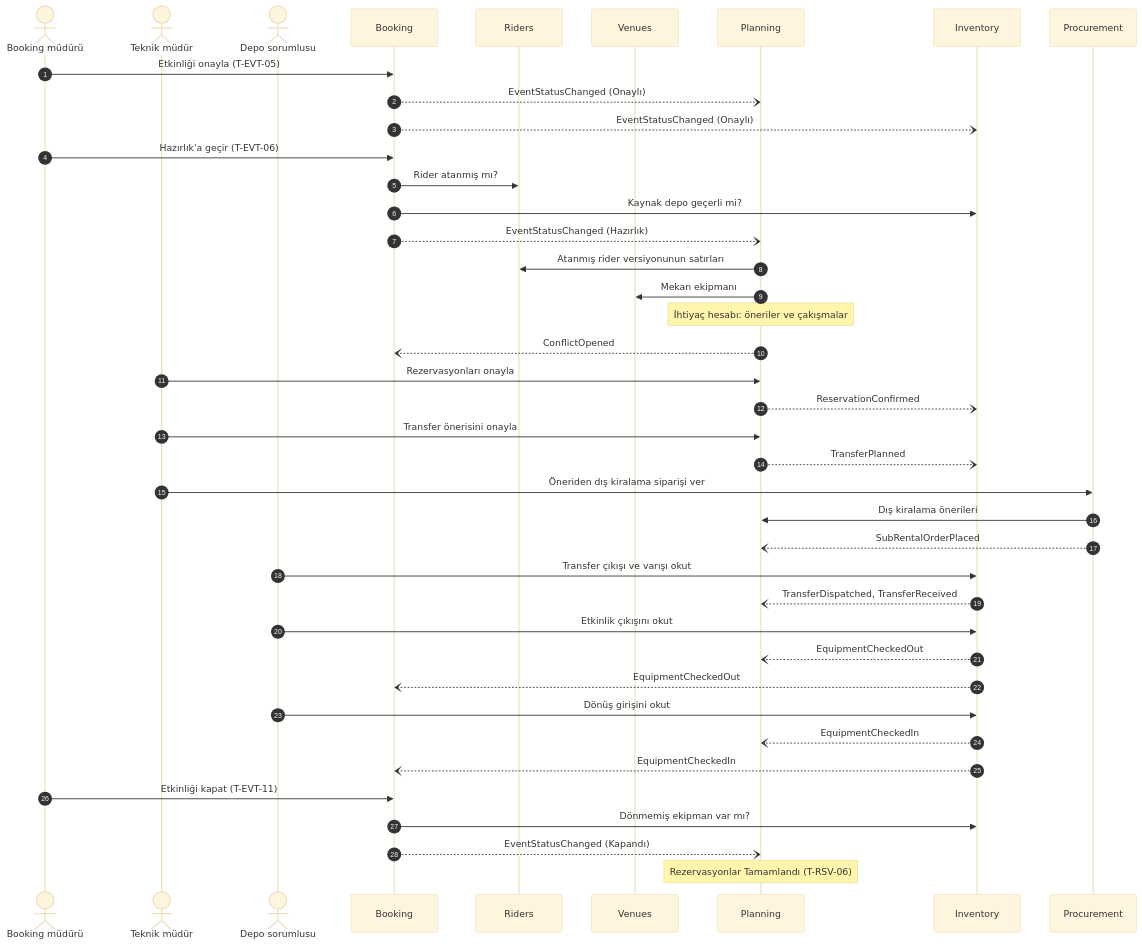
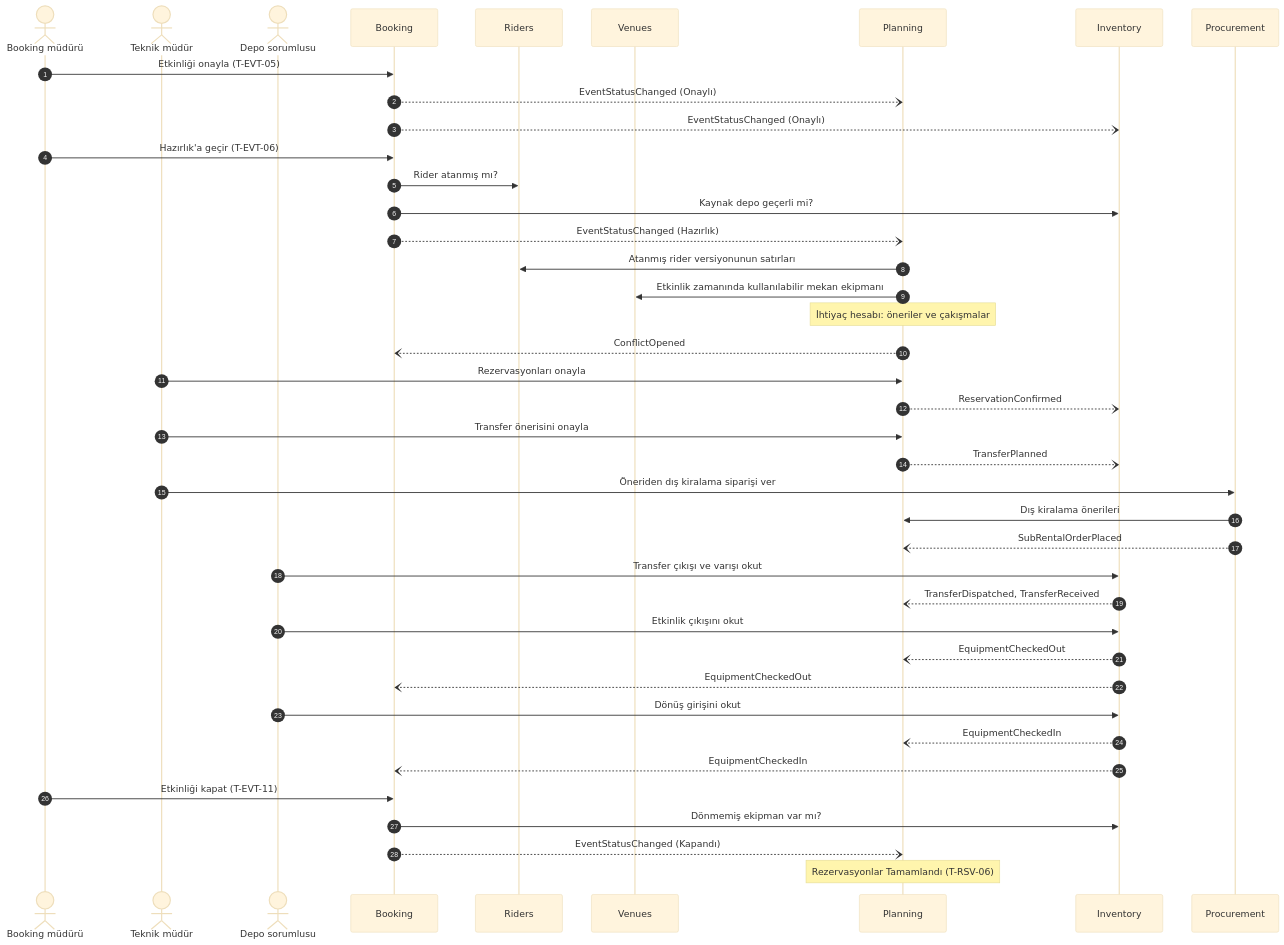
One commit to htalhakeskin-lgtm/etkinlik-konser-yonetim-sistemi changed the second of 2 diagrams in docs/05-module-map.md. Above: the diagram before and after it, drawn with Mermaid (base theme). The commit also changed other lines of this file and 8 other files, not shown here.

````diff
--- a/docs/05-module-map.md
+++ b/docs/05-module-map.md
@@ -466,44 +470,44 @@
 ```mermaid
 sequenceDiagram
     autonumber
     actor BM as Booking müdürü
     actor TM as Teknik müdür
     actor DS as Depo sorumlusu
     participant BK as Booking
     participant RD as Riders
     participant VN as Venues
     participant PL as Planning
     participant IN as Inventory
     participant PR as Procurement
 
     BM->>BK: Etkinliği onayla (T-EVT-05)
     BK--)PL: EventStatusChanged (Onaylı)
     BK--)IN: EventStatusChanged (Onaylı)
     BM->>BK: Hazırlık'a geçir (T-EVT-06)
     BK->>RD: Rider atanmış mı?
     BK->>IN: Kaynak depo geçerli mi?
     BK--)PL: EventStatusChanged (Hazırlık)
     PL->>RD: Atanmış rider versiyonunun satırları
-    PL->>VN: Mekan ekipmanı
+    PL->>VN: Etkinlik zamanında kullanılabilir mekan ekipmanı
     Note over PL: İhtiyaç hesabı: öneriler ve çakışmalar
     PL--)BK: ConflictOpened
     TM->>PL: Rezervasyonları onayla
     PL--)IN: ReservationConfirmed
     TM->>PL: Transfer önerisini onayla
     PL--)IN: TransferPlanned
     TM->>PR: Öneriden dış kiralama siparişi ver
     PR->>PL: Dış kiralama önerileri
     PR--)PL: SubRentalOrderPlaced
     DS->>IN: Transfer çıkışı ve varışı okut
     IN--)PL: TransferDispatched, TransferReceived
     DS->>IN: Etkinlik çıkışını okut
     IN--)PL: EquipmentCheckedOut
     IN--)BK: EquipmentCheckedOut
     DS->>IN: Dönüş girişini okut
     IN--)PL: EquipmentCheckedIn
     IN--)BK: EquipmentCheckedIn
     BM->>BK: Etkinliği kapat (T-EVT-11)
     BK->>IN: Dönmemiş ekipman var mı?
     BK--)PL: EventStatusChanged (Kapandı)
     Note over PL: Rezervasyonlar Tamamlandı (T-RSV-06)
 ```
````
